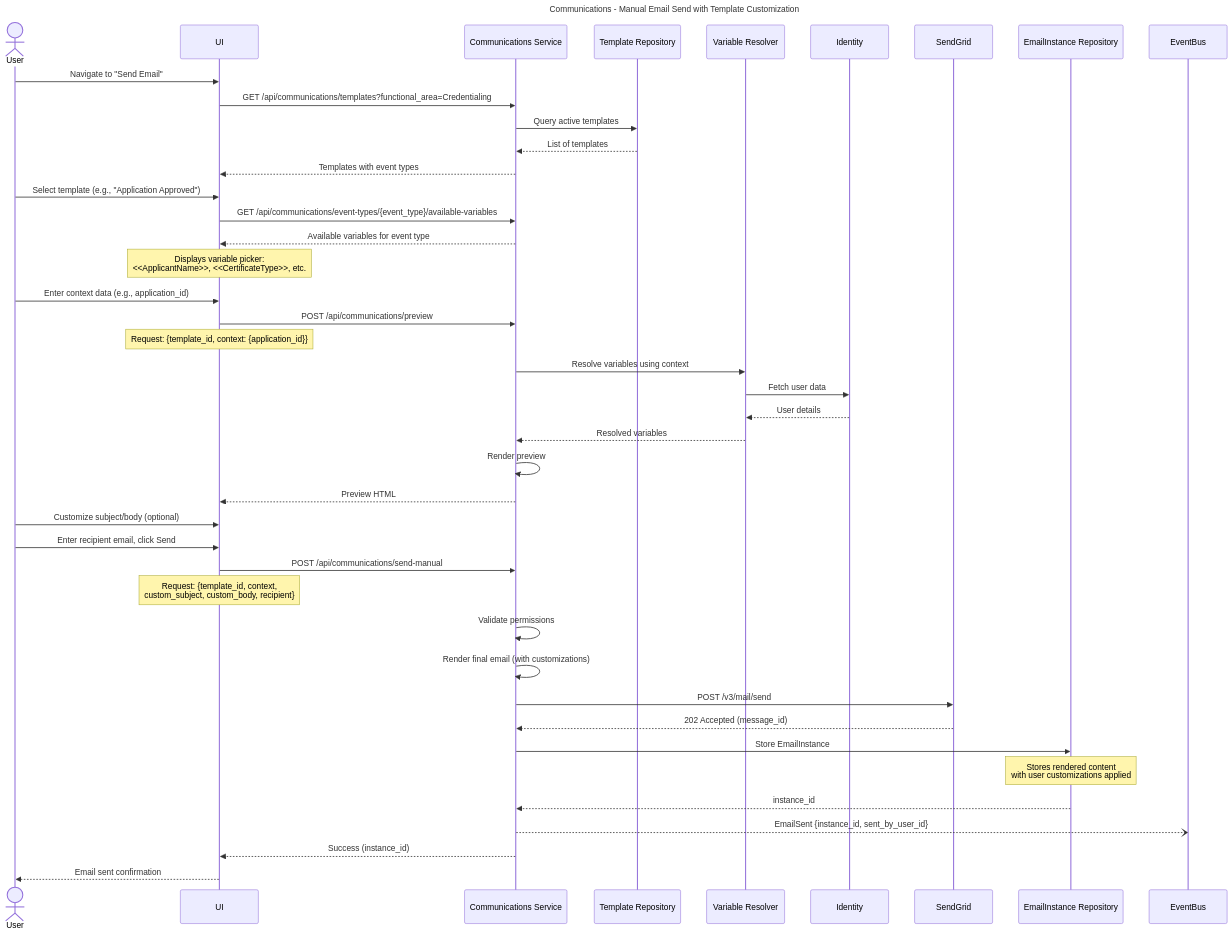
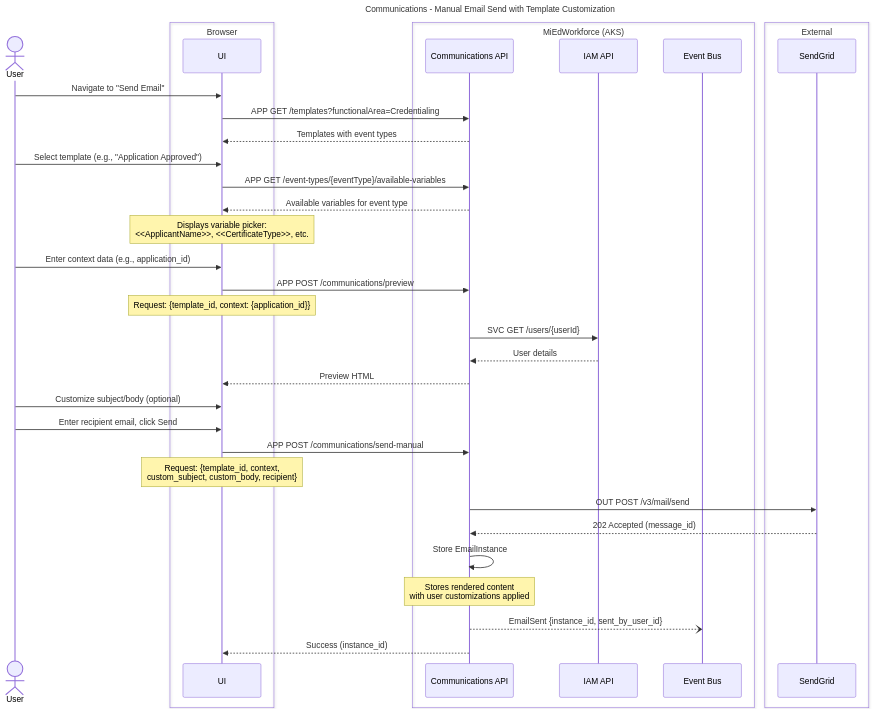
The third of 15 diagrams in working-docs/solution-areas/communications/communications-sequences.md (mnichols-dl/mied-design), drawn with Mermaid before and after one commit. The commit also changed other lines of this file and 34 other files, not shown here.

Commit message:
Update sequences and perform RTM assessment

````diff
--- a/working-docs/solution-areas/communications/communications-sequences.md
+++ b/working-docs/solution-areas/communications/communications-sequences.md
@@ -107,58 +131,50 @@
 ```mermaid
 ---
 title: Communications - Manual Email Send with Template Customization
 ---
 sequenceDiagram
     actor User
+    box Browser
     participant UI
-    participant Comms as Communications Service
-    participant TemplateRepo as Template Repository
-    participant Resolver as Variable Resolver
-    participant Identity
+    end
+    box MiEdWorkforce (AKS)
+    participant CommApi as Communications API
+    participant IamApi as IAM API
+    participant EventBus as Event Bus
+    end
+    box External
     participant SendGrid
-    participant InstanceRepo as EmailInstance Repository
-    participant EventBus
-    
+    end
+
     User->>UI: Navigate to "Send Email"
-    UI->>Comms: GET /api/communications/templates?functional_area=Credentialing
-    Comms->>TemplateRepo: Query active templates
-    TemplateRepo-->>Comms: List of templates
-    Comms-->>UI: Templates with event types
-    
+    UI->>CommApi: APP GET /templates?functionalArea=Credentialing
+    CommApi-->>UI: Templates with event types
+
     User->>UI: Select template (e.g., "Application Approved")
-    UI->>Comms: GET /api/communications/event-types/{event_type}/available-variables
-    Comms-->>UI: Available variables for event type
+    UI->>CommApi: APP GET /event-types/{eventType}/available-variables
+    CommApi-->>UI: Available variables for event type
     Note over UI: Displays variable picker:<br/><<ApplicantName>>, <<CertificateType>>, etc.
-    
+
     User->>UI: Enter context data (e.g., application_id)
-    UI->>Comms: POST /api/communications/preview
+    UI->>CommApi: APP POST /communications/preview
     Note over UI: Request: {template_id, context: {application_id}}
-    
-    Comms->>Resolver: Resolve variables using context
-    Resolver->>Identity: Fetch user data
-    Identity-->>Resolver: User details
-    Resolver-->>Comms: Resolved variables
-    
-    Comms->>Comms: Render preview
-    Comms-->>UI: Preview HTML
-    
+
+    CommApi->>IamApi: SVC GET /users/{userId}
+    IamApi-->>CommApi: User details
+    CommApi-->>UI: Preview HTML
+
     User->>UI: Customize subject/body (optional)
     User->>UI: Enter recipient email, click Send
-    
-    UI->>Comms: POST /api/communications/send-manual
+
+    UI->>CommApi: APP POST /communications/send-manual
     Note over UI: Request: {template_id, context,<br/>custom_subject, custom_body, recipient}
-    
-    Comms->>Comms: Validate permissions
-    Comms->>Comms: Render final email (with customizations)
-    
-    Comms->>SendGrid: POST /v3/mail/send
-    SendGrid-->>Comms: 202 Accepted (message_id)
-    
-    Comms->>InstanceRepo: Store EmailInstance
-    Note over InstanceRepo: Stores rendered content<br/>with user customizations applied
-    InstanceRepo-->>Comms: instance_id
-    
-    Comms--)EventBus: EmailSent {instance_id, sent_by_user_id}
-    Comms-->>UI: Success (instance_id)
-    UI-->>User: Email sent confirmation
+
+    CommApi->>SendGrid: OUT POST /v3/mail/send
+    SendGrid-->>CommApi: 202 Accepted (message_id)
+
+    CommApi->>CommApi: Store EmailInstance
+    Note over CommApi: Stores rendered content<br/>with user customizations applied
+
+    CommApi--)EventBus: EmailSent {instance_id, sent_by_user_id}
+    CommApi-->>UI: Success (instance_id)
 ```
````
